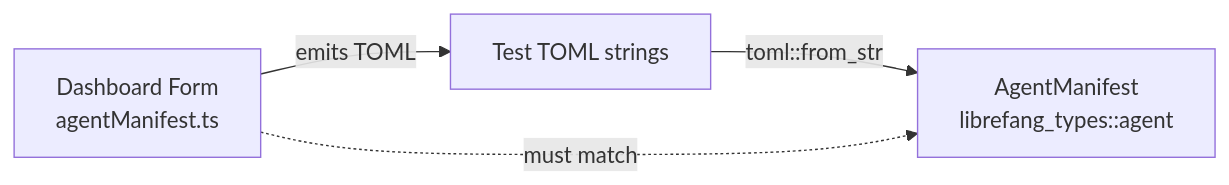
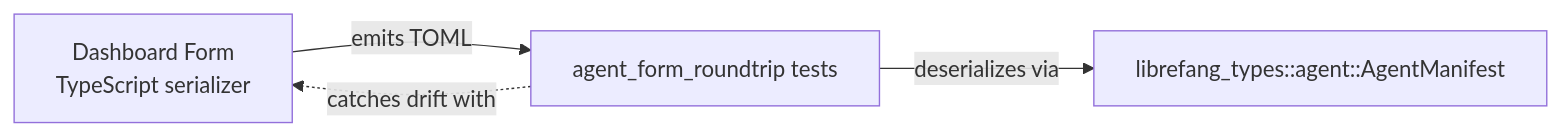
Before and after one commit to leszek3737/librefang-WIki: the diagram in other-librefang-types-tests.md, drawn with Mermaid. The commit also changed other lines of this file and 120 other files, not shown here.

````diff
--- a/other-librefang-types-tests.md
+++ b/other-librefang-types-tests.md
@@ -55,6 +55,6 @@
 ```mermaid
 flowchart LR
-    A[Dashboard Form<br/>agentManifest.ts] -->|emits TOML| B[Test TOML strings]
-    B -->|toml::from_str| C[AgentManifest<br/>librefang_types::agent]
-    A -.->|must match| C
+    A[Dashboard Form<br/>TypeScript serializer] -->|emits TOML| B[agent_form_roundtrip tests]
+    B -->|deserializes via| C[librefang_types::agent::AgentManifest]
+    B -.->|catches drift with| A
 ```
````
